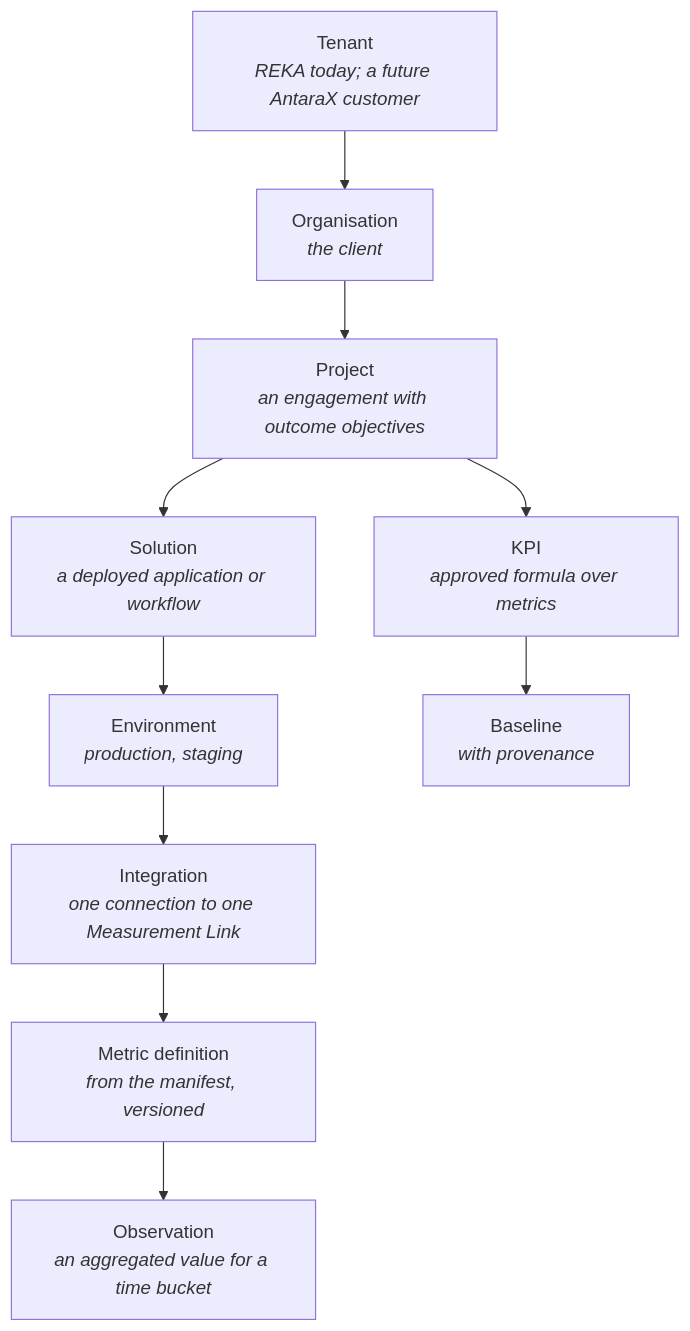
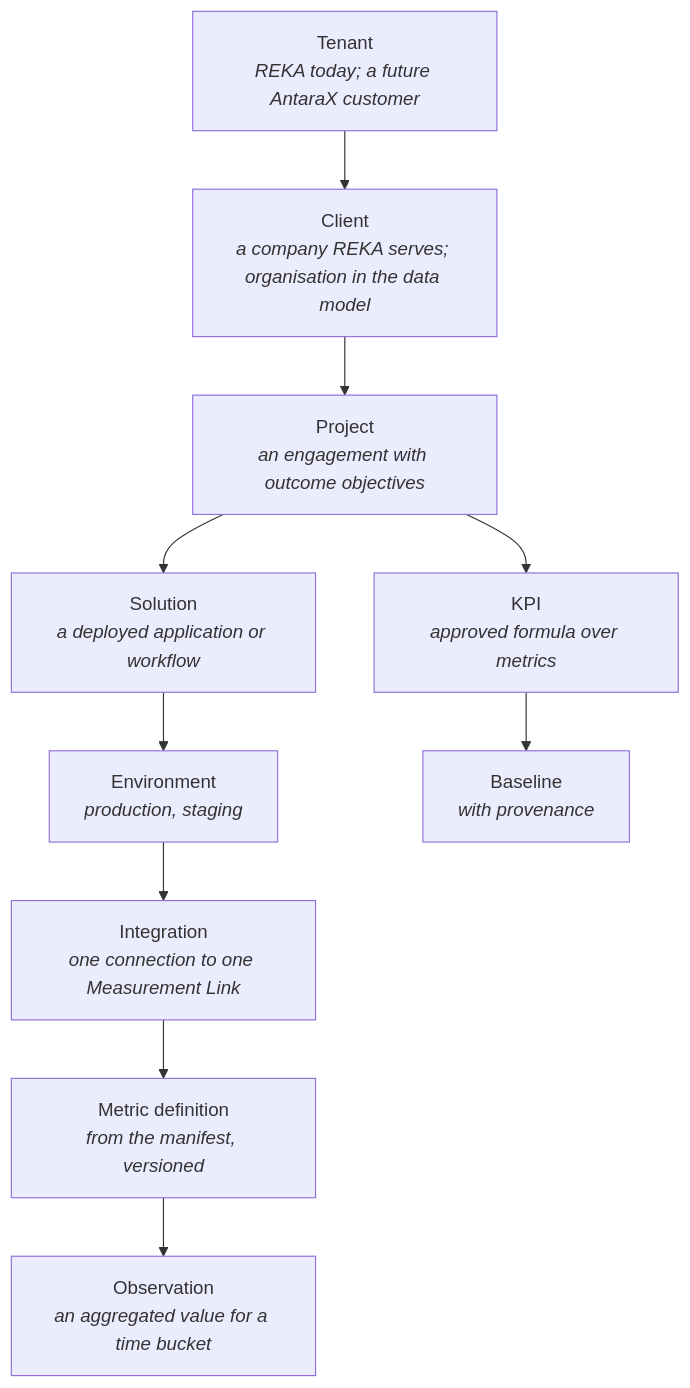
Before and after one commit to haziqfaris/antarax-ripple-monitoring: the first of 2 diagrams in docs/PRD.md, drawn with Mermaid. The commit also changed other lines of this file and 27 other files, not shown here.

````diff
--- a/docs/PRD.md
+++ b/docs/PRD.md
@@ -217,12 +217,12 @@
 ```mermaid
 flowchart TD
-  T[Tenant<br/><i>REKA today; a future AntaraX customer</i>] --> O[Organisation<br/><i>the client</i>]
+  T[Tenant<br/><i>REKA today; a future AntaraX customer</i>] --> O[Client<br/><i>a company REKA serves; organisation in the data model</i>]
   O --> P[Project<br/><i>an engagement with outcome objectives</i>]
   P --> S[Solution<br/><i>a deployed application or workflow</i>]
   S --> E[Environment<br/><i>production, staging</i>]
   E --> I[Integration<br/><i>one connection to one Measurement Link</i>]
   I --> M[Metric definition<br/><i>from the manifest, versioned</i>]
   M --> Ob[Observation<br/><i>an aggregated value for a time bucket</i>]
   P --> K[KPI<br/><i>approved formula over metrics</i>]
   K --> B[Baseline<br/><i>with provenance</i>]
 ```
````
